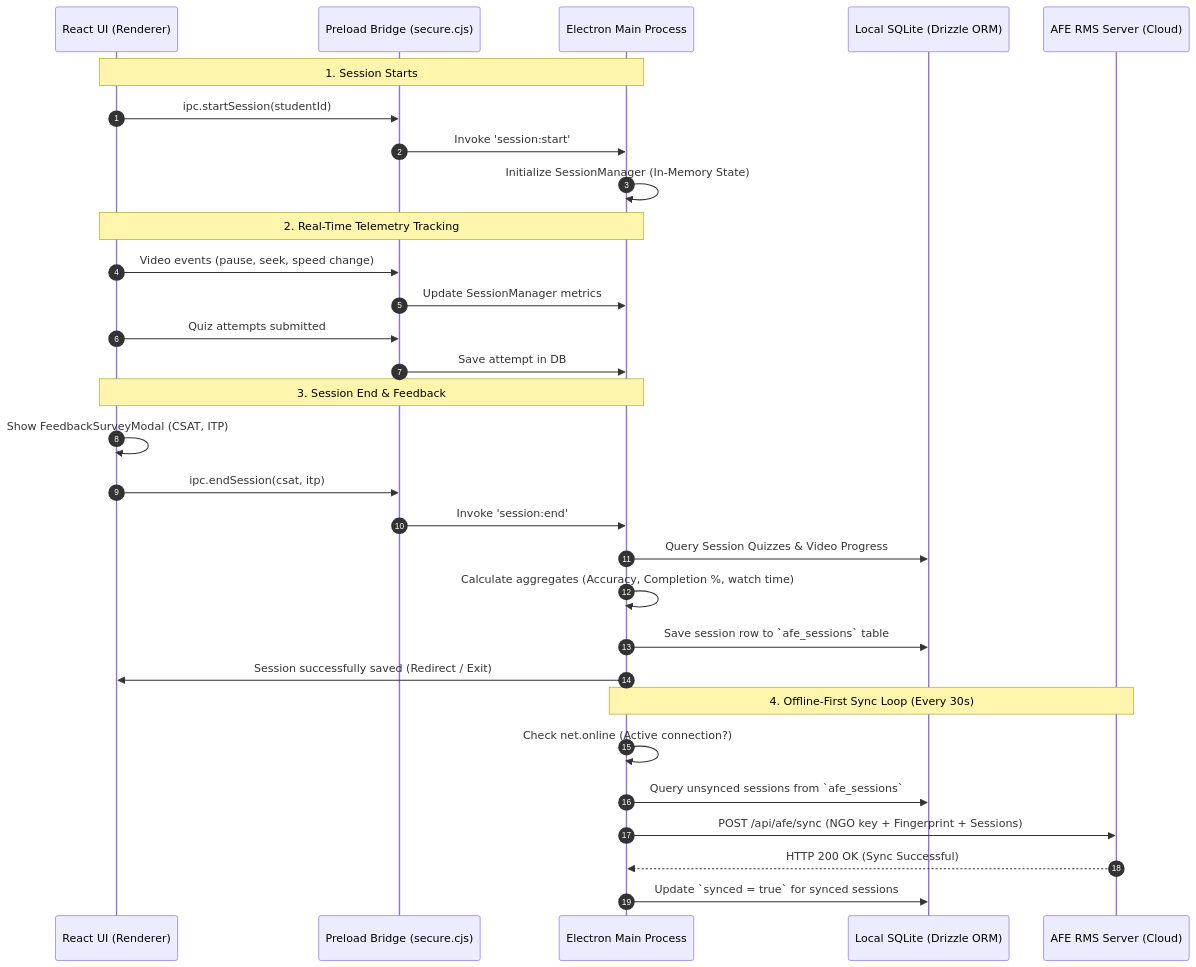
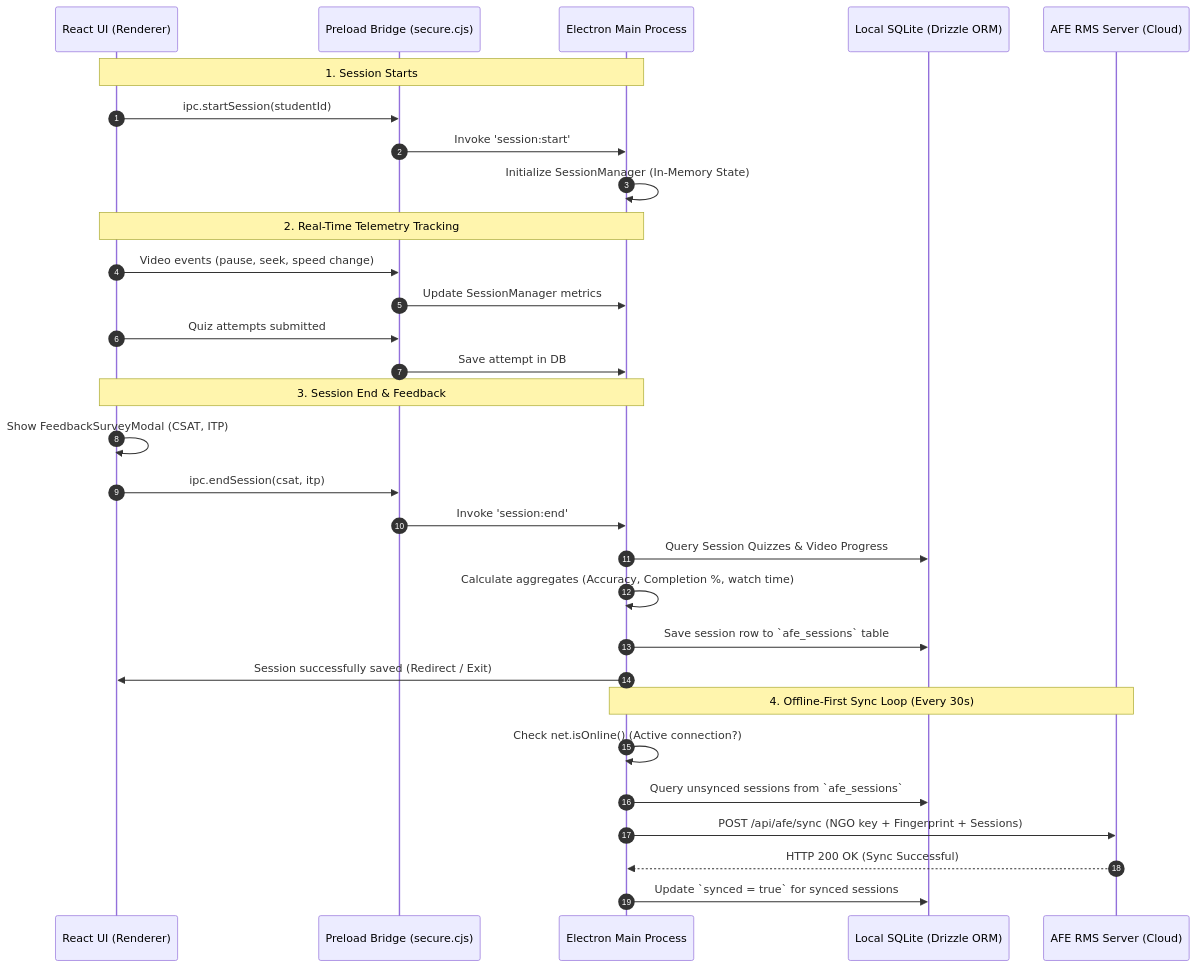
Before and after one commit to navgurukul/AFE-Learning-App: the second of 3 diagrams in AFE_Session_Tracking_Architecture.md, drawn with Mermaid. The commit also changed other lines of this file and 3 other files, not shown here.

````diff
--- a/AFE_Session_Tracking_Architecture.md
+++ b/AFE_Session_Tracking_Architecture.md
@@ -44,36 +44,36 @@
 ```mermaid
 sequenceDiagram
     autonumber
     participant UI as React UI (Renderer)
     participant Bridge as Preload Bridge (secure.cjs)
     participant Main as Electron Main Process
     participant DB as Local SQLite (Drizzle ORM)
     participant Server as AFE RMS Server (Cloud)
 
     Note over UI, Main: 1. Session Starts
     UI->>Bridge: ipc.startSession(studentId)
     Bridge->>Main: Invoke 'session:start'
     Main->>Main: Initialize SessionManager (In-Memory State)
 
     Note over UI, Main: 2. Real-Time Telemetry Tracking
     UI->>Bridge: Video events (pause, seek, speed change)
     Bridge->>Main: Update SessionManager metrics
     UI->>Bridge: Quiz attempts submitted
     Bridge->>Main: Save attempt in DB
 
     Note over UI, Main: 3. Session End & Feedback
     UI->>UI: Show FeedbackSurveyModal (CSAT, ITP)
     UI->>Bridge: ipc.endSession(csat, itp)
     Bridge->>Main: Invoke 'session:end'
     Main->>DB: Query Session Quizzes & Video Progress
     Main->>Main: Calculate aggregates (Accuracy, Completion %, watch time)
     Main->>DB: Save session row to `afe_sessions` table
     Main->>UI: Session successfully saved (Redirect / Exit)
 
     Note over Main, Server: 4. Offline-First Sync Loop (Every 30s)
-    Main->>Main: Check net.online (Active connection?)
+    Main->>Main: Check net.isOnline() (Active connection?)
     Main->>DB: Query unsynced sessions from `afe_sessions`
     Main->>Server: POST /api/afe/sync (NGO key + Fingerprint + Sessions)
     Server-->>Main: HTTP 200 OK (Sync Successful)
     Main->>DB: Update `synced = true` for synced sessions
 ```
````
